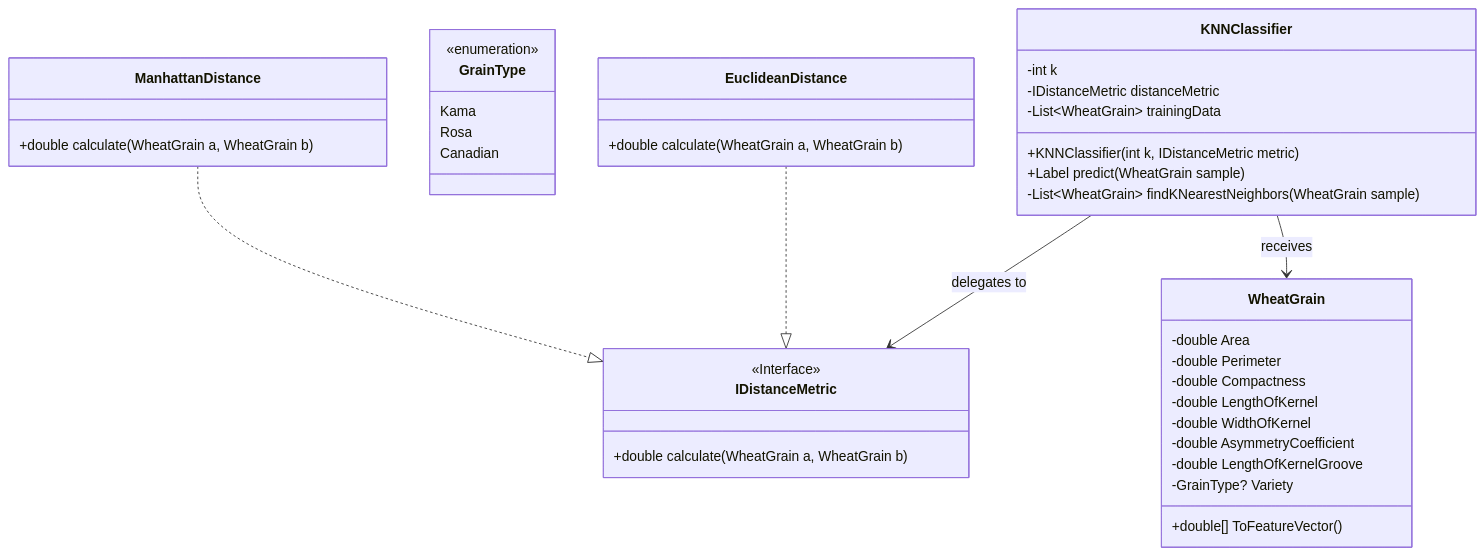
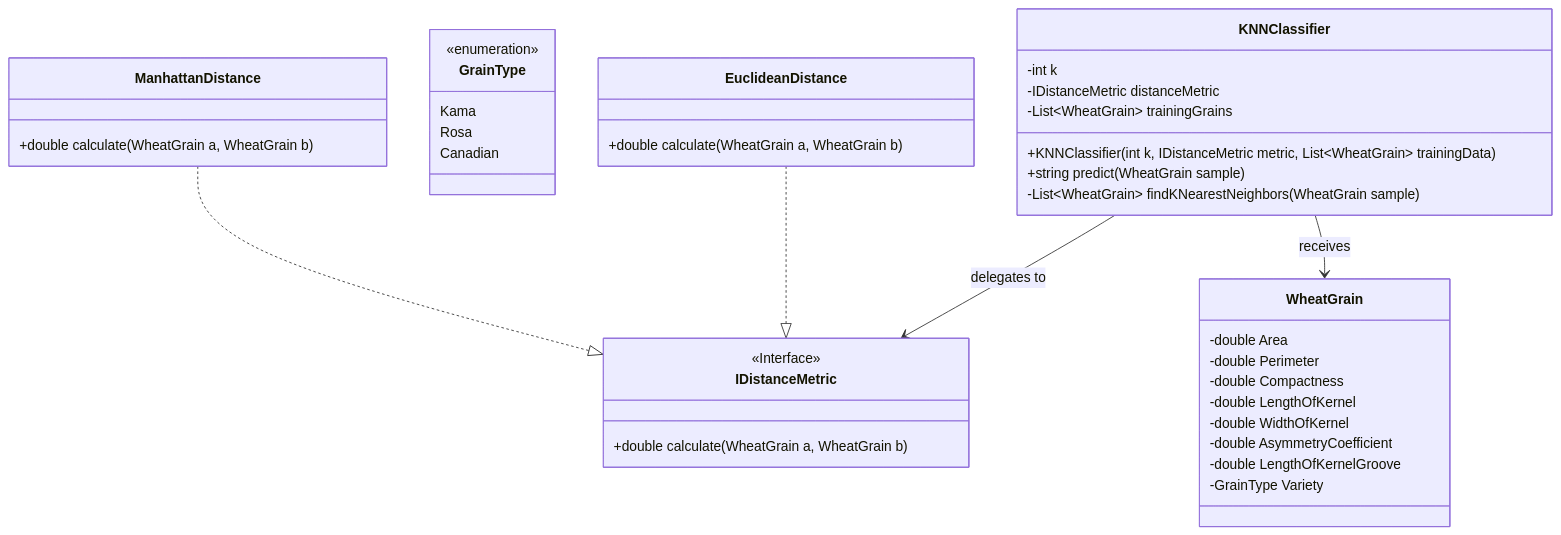
Before and after one commit to Lil-Code30/WheatGrainClassifier: the first of 2 diagrams in README.md, drawn with Mermaid. The commit also changed 1 other file, not shown here.

Commit message:
feat : k-NN classification UML model v1.2.0

````diff
--- a/README.md
+++ b/README.md
@@ -42,51 +42,50 @@
 ```mermaid
 classDiagram
     class KNNClassifier {
         -int k
         -IDistanceMetric distanceMetric
-        -List~WheatGrain~ trainingData
-        +KNNClassifier(int k, IDistanceMetric metric)
-        +Label predict(WheatGrain sample)
+        -List~WheatGrain~ trainingGrains
+        +KNNClassifier(int k, IDistanceMetric metric, List~WheatGrain~ trainingData)
+        +string predict(WheatGrain sample)
         -List~WheatGrain~ findKNearestNeighbors(WheatGrain sample)
     }
     
     class WheatGrain {
         -double Area
         -double Perimeter
         -double Compactness
         -double LengthOfKernel
         -double WidthOfKernel
         -double AsymmetryCoefficient
         -double LengthOfKernelGroove
-        -GrainType? Variety
-        +double[] ToFeatureVector()
+        -GrainType Variety
         
     }
 
     class GrainType {
         <<enumeration>>
         Kama
         Rosa
         Canadian
     }
 
     class IDistanceMetric {
         <<Interface>>
         +double calculate(WheatGrain a, WheatGrain b)
     }
 
     class EuclideanDistance {
         +double calculate(WheatGrain a, WheatGrain b)
     }
 
     class ManhattanDistance {
         +double calculate(WheatGrain a, WheatGrain b)
     }
 
   
     KNNClassifier --> IDistanceMetric : delegates to
     KNNClassifier --> WheatGrain : receives
     EuclideanDistance ..|> IDistanceMetric
     ManhattanDistance ..|> IDistanceMetric
     
 ```
````
